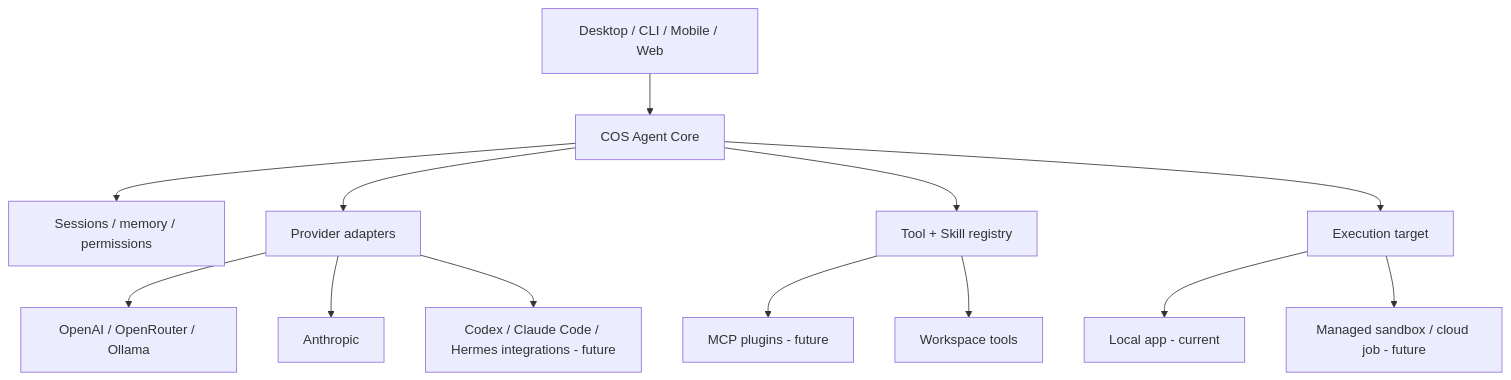
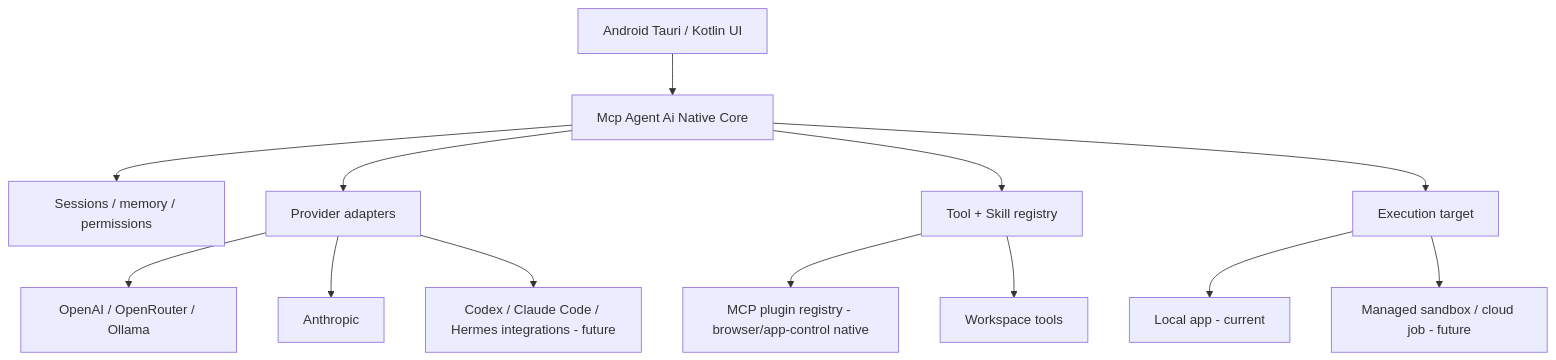
Before and after one commit to airesz178/Mcp-Agent-Ai: the diagram in docs/ARCHITECTURE.md, drawn with Mermaid. The commit also changed other lines of this file and 179 other files, not shown here.

First line of the commit message:
feat(android): publish Mcp Agent Ai v0.2.2 preview

````diff
--- a/docs/ARCHITECTURE.md
+++ b/docs/ARCHITECTURE.md
@@ -18,15 +22,15 @@
 ```mermaid
 flowchart TD
-    UI[Desktop / CLI / Mobile / Web] --> Core[COS Agent Core]
+    UI[Android Tauri / Kotlin UI] --> Core[Mcp Agent Ai Native Core]
     Core --> Store[Sessions / memory / permissions]
     Core --> Providers[Provider adapters]
     Providers --> OA[OpenAI / OpenRouter / Ollama]
     Providers --> AN[Anthropic]
     Providers --> EXT[Codex / Claude Code / Hermes integrations - future]
     Core --> Tools[Tool + Skill registry]
-    Tools --> MCP[MCP plugins - future]
+    Tools --> MCP[MCP plugin registry - browser/app-control native]
     Tools --> FS[Workspace tools]
     Core --> Runner[Execution target]
     Runner --> Local[Local app - current]
     Runner --> Remote[Managed sandbox / cloud job - future]
 ```
````
